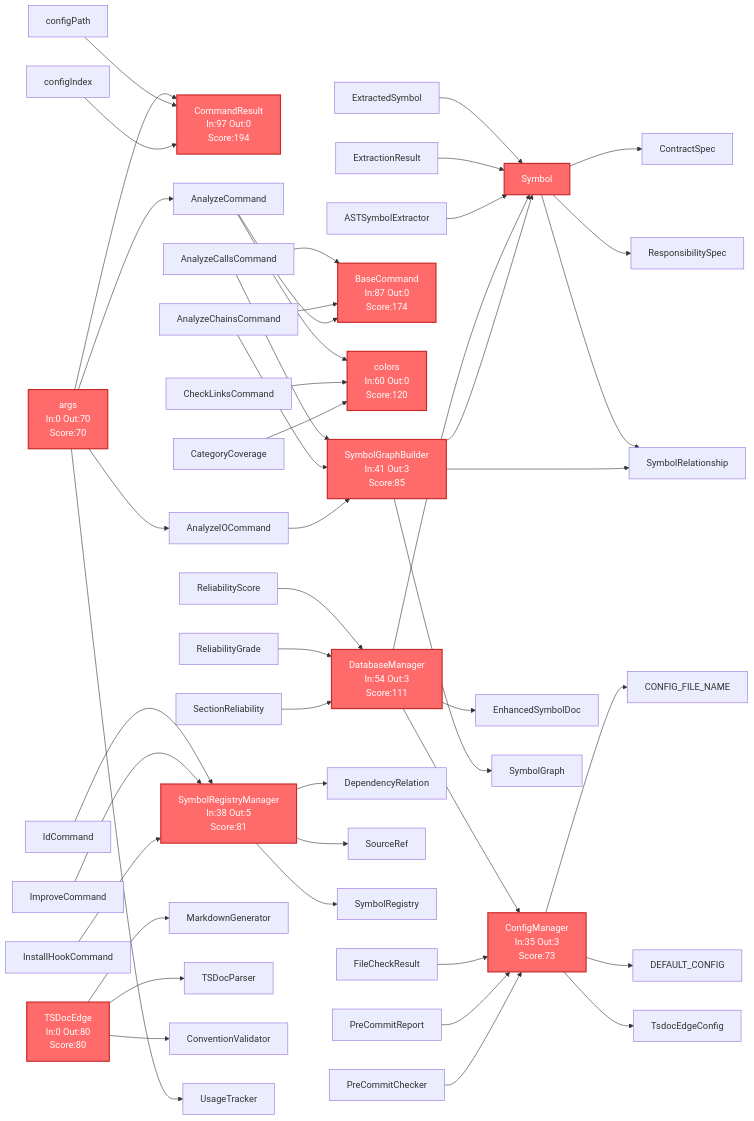
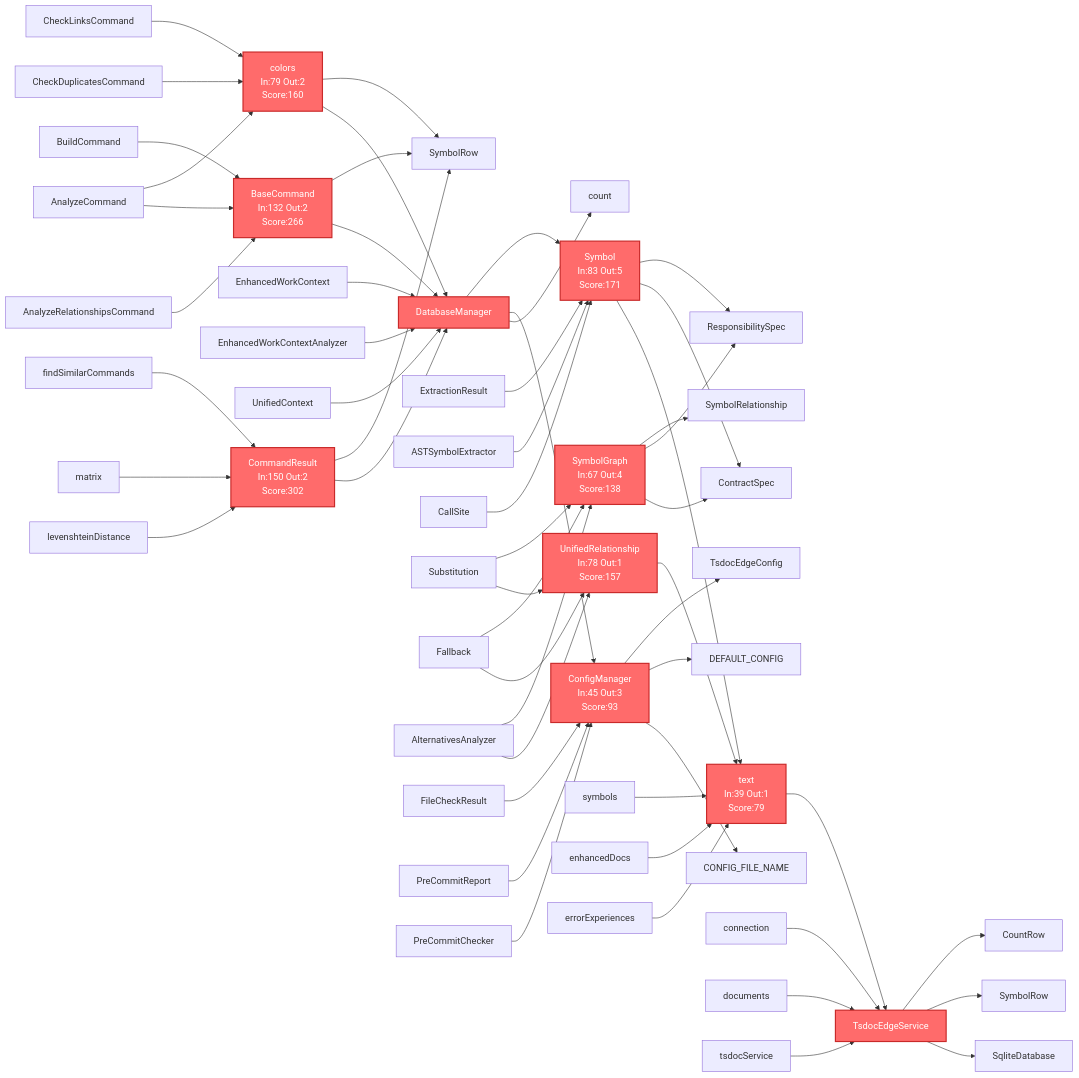
Before and after one commit to mineclover/tsdoc-edge: the diagram in .tsdoc/diagrams/hotspots.mmd, drawn with Mermaid. The commit also changed 3 other files, not shown here.

First line of the commit message:
docs: update README and diagrams

```diff
--- a/.tsdoc/diagrams/hotspots.mmd
+++ b/.tsdoc/diagrams/hotspots.mmd
@@ -1,61 +1,69 @@
 graph LR
-  interface_commandresult["CommandResult<br/>In:97 Out:0<br/>Score:194"]:::critical
-  variable_args["args"] --> interface_commandresult
-  variable_configpath["configPath"] --> interface_commandresult
-  variable_configindex["configIndex"] --> interface_commandresult
-  interface_symbol["Symbol<br/>In:92 Out:4<br/>Score:188"]:::critical
-  interface_extractedsymbol["ExtractedSymbol"] --> interface_symbol
-  interface_extractionresult["ExtractionResult"] --> interface_symbol
-  class_astsymbolextractor["ASTSymbolExtractor"] --> interface_symbol
-  interface_symbol --> interface_contractspec["ContractSpec"]
-  interface_symbol --> interface_responsibilityspec["ResponsibilitySpec"]
-  interface_symbol --> interface_symbolrelationship["SymbolRelationship"]
-  class_basecommand["BaseCommand<br/>In:87 Out:0<br/>Score:174"]:::critical
-  class_analyzecallscommand["AnalyzeCallsCommand"] --> class_basecommand
-  class_analyzechainscommand["AnalyzeChainsCommand"] --> class_basecommand
-  class_analyzecommand["AnalyzeCommand"] --> class_basecommand
-  variable_colors["colors<br/>In:60 Out:0<br/>Score:120"]:::critical
-  class_analyzecommand["AnalyzeCommand"] --> variable_colors
-  class_checklinkscommand["CheckLinksCommand"] --> variable_colors
-  interface_categorycoverage["CategoryCoverage"] --> variable_colors
-  class_databasemanager["DatabaseManager<br/>In:54 Out:3<br/>Score:111"]:::critical
-  type_reliabilityscore["ReliabilityScore"] --> class_databasemanager
-  type_reliabilitygrade["ReliabilityGrade"] --> class_databasemanager
-  interface_sectionreliability["SectionReliability"] --> class_databasemanager
-  class_databasemanager --> class_configmanager["ConfigManager"]
-  class_databasemanager --> interface_symbol["Symbol"]
-  class_databasemanager --> interface_enhancedsymboldoc["EnhancedSymbolDoc"]
-  class_symbolgraphbuilder["SymbolGraphBuilder<br/>In:41 Out:3<br/>Score:85"]:::critical
-  class_analyzecallscommand["AnalyzeCallsCommand"] --> class_symbolgraphbuilder
-  class_analyzechainscommand["AnalyzeChainsCommand"] --> class_symbolgraphbuilder
-  class_analyzeiocommand["AnalyzeIOCommand"] --> class_symbolgraphbuilder
-  class_symbolgraphbuilder --> interface_symbol["Symbol"]
-  class_symbolgraphbuilder --> interface_symbolgraph["SymbolGraph"]
-  class_symbolgraphbuilder --> interface_symbolrelationship["SymbolRelationship"]
-  class_symbolregistrymanager["SymbolRegistryManager<br/>In:38 Out:5<br/>Score:81"]:::critical
-  class_idcommand["IdCommand"] --> class_symbolregistrymanager
-  class_improvecommand["ImproveCommand"] --> class_symbolregistrymanager
-  class_installhookcommand["InstallHookCommand"] --> class_symbolregistrymanager
-  class_symbolregistrymanager --> interface_dependencyrelation["DependencyRelation"]
-  class_symbolregistrymanager --> interface_sourceref["SourceRef"]
-  class_symbolregistrymanager --> interface_symbolregistry["SymbolRegistry"]
-  class_tsdocedge["TSDocEdge<br/>In:0 Out:80<br/>Score:80"]:::critical
-  class_tsdocedge --> class_markdowngenerator["MarkdownGenerator"]
-  class_tsdocedge --> class_tsdocparser["TSDocParser"]
-  class_tsdocedge --> class_conventionvalidator["ConventionValidator"]
-  class_configmanager["ConfigManager<br/>In:35 Out:3<br/>Score:73"]:::critical
-  interface_filecheckresult["FileCheckResult"] --> class_configmanager
-  interface_precommitreport["PreCommitReport"] --> class_configmanager
-  class_precommitchecker["PreCommitChecker"] --> class_configmanager
-  class_configmanager --> constant_config_file_name["CONFIG_FILE_NAME"]
-  class_configmanager --> constant_default_config["DEFAULT_CONFIG"]
-  class_configmanager --> interface_tsdocedgeconfig["TsdocEdgeConfig"]
-  variable_args["args<br/>In:0 Out:70<br/>Score:70"]:::critical
-  variable_args --> class_usagetracker["UsageTracker"]
-  variable_args --> class_analyzecommand["AnalyzeCommand"]
-  variable_args --> class_analyzeiocommand["AnalyzeIOCommand"]
+  basecommand_interface_commandresult["CommandResult<br/>In:150 Out:2<br/>Score:302"]:::critical
+  cli_function_levenshteindistance["levenshteinDistance"] --> basecommand_interface_commandresult
+  cli_variable_matrix["matrix"] --> basecommand_interface_commandresult
+  cli_function_findsimilarcommands["findSimilarCommands"] --> basecommand_interface_commandresult
+  basecommand_interface_commandresult --> databasemanager_class_databasemanager["DatabaseManager"]
+  basecommand_interface_commandresult --> databasemanager_interface_symbolrow["SymbolRow"]
+  basecommand_class_basecommand["BaseCommand<br/>In:132 Out:2<br/>Score:266"]:::critical
+  analyzecommand_class_analyzecommand["AnalyzeCommand"] --> basecommand_class_basecommand
+  analyzerelationshipscommand_class_analyzerelationshipscommand["AnalyzeRelationshipsCommand"] --> basecommand_class_basecommand
+  buildcommand_class_buildcommand["BuildCommand"] --> basecommand_class_basecommand
+  basecommand_class_basecommand --> databasemanager_class_databasemanager["DatabaseManager"]
+  basecommand_class_basecommand --> databasemanager_interface_symbolrow["SymbolRow"]
+  databasemanager_class_databasemanager["DatabaseManager<br/>In:90 Out:5<br/>Score:185"]:::critical
+  enhancedworkcontextanalyzer_interface_enhancedworkcontext["EnhancedWorkContext"] --> databasemanager_class_databasemanager
+  enhancedworkcontextanalyzer_class_enhancedworkcontextanalyzer["EnhancedWorkContextAnalyzer"] --> databasemanager_class_databasemanager
+  entrypointcontextaggregator_interface_unifiedcontext["UnifiedContext"] --> databasemanager_class_databasemanager
+  databasemanager_class_databasemanager --> commands_command_registry_command_registry_count_test_suite["count"]
+  databasemanager_class_databasemanager --> configmanager_class_configmanager["ConfigManager"]
+  databasemanager_class_databasemanager --> graph_interface_symbol["Symbol"]
+  graph_interface_symbol["Symbol<br/>In:83 Out:5<br/>Score:171"]:::critical
+  astsymbolextractor_interface_extractionresult["ExtractionResult"] --> graph_interface_symbol
+  astsymbolextractor_class_astsymbolextractor["ASTSymbolExtractor"] --> graph_interface_symbol
+  callgraphanalyzer_interface_callsite["CallSite"] --> graph_interface_symbol
+  graph_interface_symbol --> server_variable_text["text"]
+  graph_interface_symbol --> base_interface_contractspec["ContractSpec"]
+  graph_interface_symbol --> base_interface_responsibilityspec["ResponsibilitySpec"]
+  basecommand_variable_colors["colors<br/>In:79 Out:2<br/>Score:160"]:::critical
+  analyzecommand_class_analyzecommand["AnalyzeCommand"] --> basecommand_variable_colors
+  checkduplicatescommand_class_checkduplicatescommand["CheckDuplicatesCommand"] --> basecommand_variable_colors
+  checklinkscommand_class_checklinkscommand["CheckLinksCommand"] --> basecommand_variable_colors
+  basecommand_variable_colors --> databasemanager_class_databasemanager["DatabaseManager"]
+  basecommand_variable_colors --> databasemanager_interface_symbolrow["SymbolRow"]
+  unified_interface_unifiedrelationship["UnifiedRelationship<br/>In:78 Out:1<br/>Score:157"]:::critical
+  alternativesanalyzer_interface_substitution["Substitution"] --> unified_interface_unifiedrelationship
+  alternativesanalyzer_interface_fallback["Fallback"] --> unified_interface_unifiedrelationship
+  alternativesanalyzer_class_alternativesanalyzer["AlternativesAnalyzer"] --> unified_interface_unifiedrelationship
+  unified_interface_unifiedrelationship --> server_variable_text["text"]
+  graph_interface_symbolgraph["SymbolGraph<br/>In:67 Out:4<br/>Score:138"]:::critical
+  alternativesanalyzer_interface_substitution["Substitution"] --> graph_interface_symbolgraph
+  alternativesanalyzer_interface_fallback["Fallback"] --> graph_interface_symbolgraph
+  alternativesanalyzer_class_alternativesanalyzer["AlternativesAnalyzer"] --> graph_interface_symbolgraph
+  graph_interface_symbolgraph --> base_interface_contractspec["ContractSpec"]
+  graph_interface_symbolgraph --> base_interface_responsibilityspec["ResponsibilitySpec"]
+  graph_interface_symbolgraph --> base_interface_symbolrelationship["SymbolRelationship"]
+  configmanager_class_configmanager["ConfigManager<br/>In:45 Out:3<br/>Score:93"]:::critical
+  precommitchecker_interface_filecheckresult["FileCheckResult"] --> configmanager_class_configmanager
+  precommitchecker_interface_precommitreport["PreCommitReport"] --> configmanager_class_configmanager
+  precommitchecker_class_precommitchecker["PreCommitChecker"] --> configmanager_class_configmanager
+  configmanager_class_configmanager --> config_constant_config_file_name["CONFIG_FILE_NAME"]
+  configmanager_class_configmanager --> config_constant_default_config["DEFAULT_CONFIG"]
+  configmanager_class_configmanager --> config_interface_tsdocedgeconfig["TsdocEdgeConfig"]
+  service_class_tsdocedgeservice["TsdocEdgeService<br/>In:38 Out:10<br/>Score:86"]:::critical
+  server_variable_connection["connection"] --> service_class_tsdocedgeservice
+  server_variable_documents["documents"] --> service_class_tsdocedgeservice
+  server_variable_tsdocservice["tsdocService"] --> service_class_tsdocedgeservice
+  service_class_tsdocedgeservice --> database_interface_sqlitedatabase["SqliteDatabase"]
+  service_class_tsdocedgeservice --> database_interface_symbolrow["SymbolRow"]
+  service_class_tsdocedgeservice --> database_interface_countrow["CountRow"]
+  server_variable_text["text<br/>In:39 Out:1<br/>Score:79"]:::critical
+  schema_variable_symbols["symbols"] --> server_variable_text
+  schema_variable_enhanceddocs["enhancedDocs"] --> server_variable_text
+  schema_variable_errorexperiences["errorExperiences"] --> server_variable_text
+  server_variable_text --> service_class_tsdocedgeservice["TsdocEdgeService"]
 
   classDef critical fill:#ff6b6b,stroke:#c92a2a,stroke-width:2px,color:#fff
   classDef high fill:#ffa94d,stroke:#fd7e14,stroke-width:2px
   classDef medium fill:#74c0fc,stroke:#339af0,stroke-width:2px
   classDef low fill:#b2f2bb,stroke:#51cf66,stroke-width:2px
```
